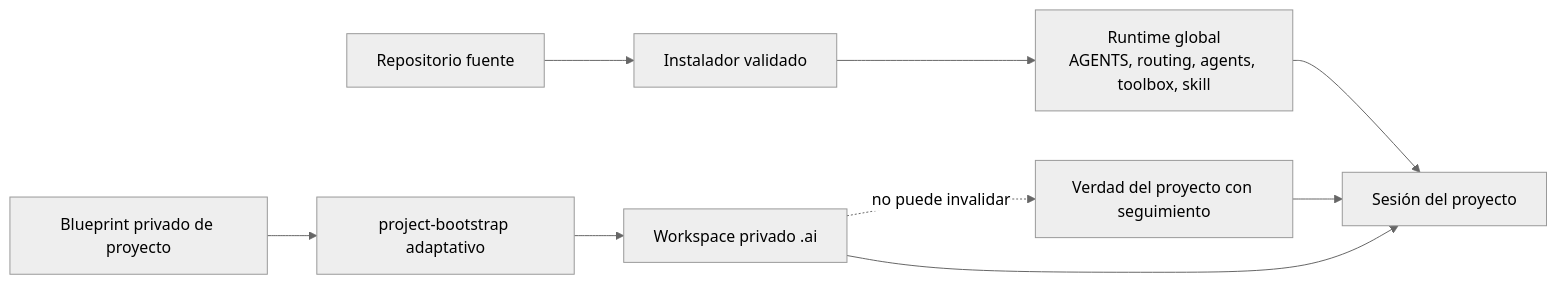
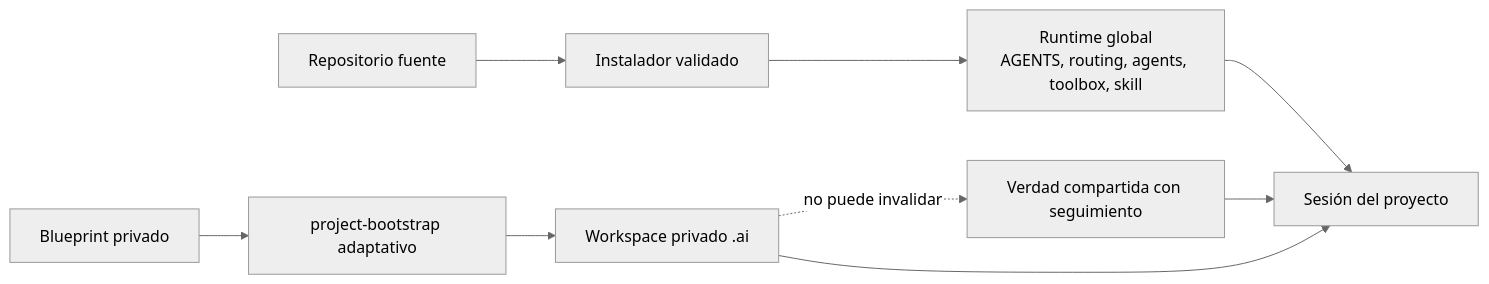
Before and after one commit to der-kaffe/bio-harness: the fourth of 5 diagrams in docs/architecture.md, drawn with Mermaid (neutral theme). The commit also changed other lines of this file and 13 other files, not shown here.

````diff
--- a/docs/architecture.md
+++ b/docs/architecture.md
@@ -27,11 +98,11 @@
 ```mermaid
 flowchart LR
-    S[Repositorio fuente] --> I[Instalador validado]
-    I --> G[Runtime global<br/>AGENTS, routing, agents, toolbox, skill]
-    G --> P[Sesión del proyecto]
-    B[Blueprint privado de proyecto] --> PB[project-bootstrap adaptativo]
-    PB --> AI[Workspace privado .ai]
-    H[Verdad del proyecto con seguimiento] --> P
+    S["Repositorio fuente"] --> I["Instalador validado"]
+    I --> G["Runtime global<br/>AGENTS, routing, agents, toolbox, skill"]
+    G --> P["Sesión del proyecto"]
+    B["Blueprint privado"] --> PB["project-bootstrap adaptativo"]
+    PB --> AI["Workspace privado .ai"]
+    H["Verdad compartida con seguimiento"] --> P
     AI --> P
-    AI -. no puede invalidar .-> H
+    AI -. "no puede invalidar" .-> H
 ```
````
